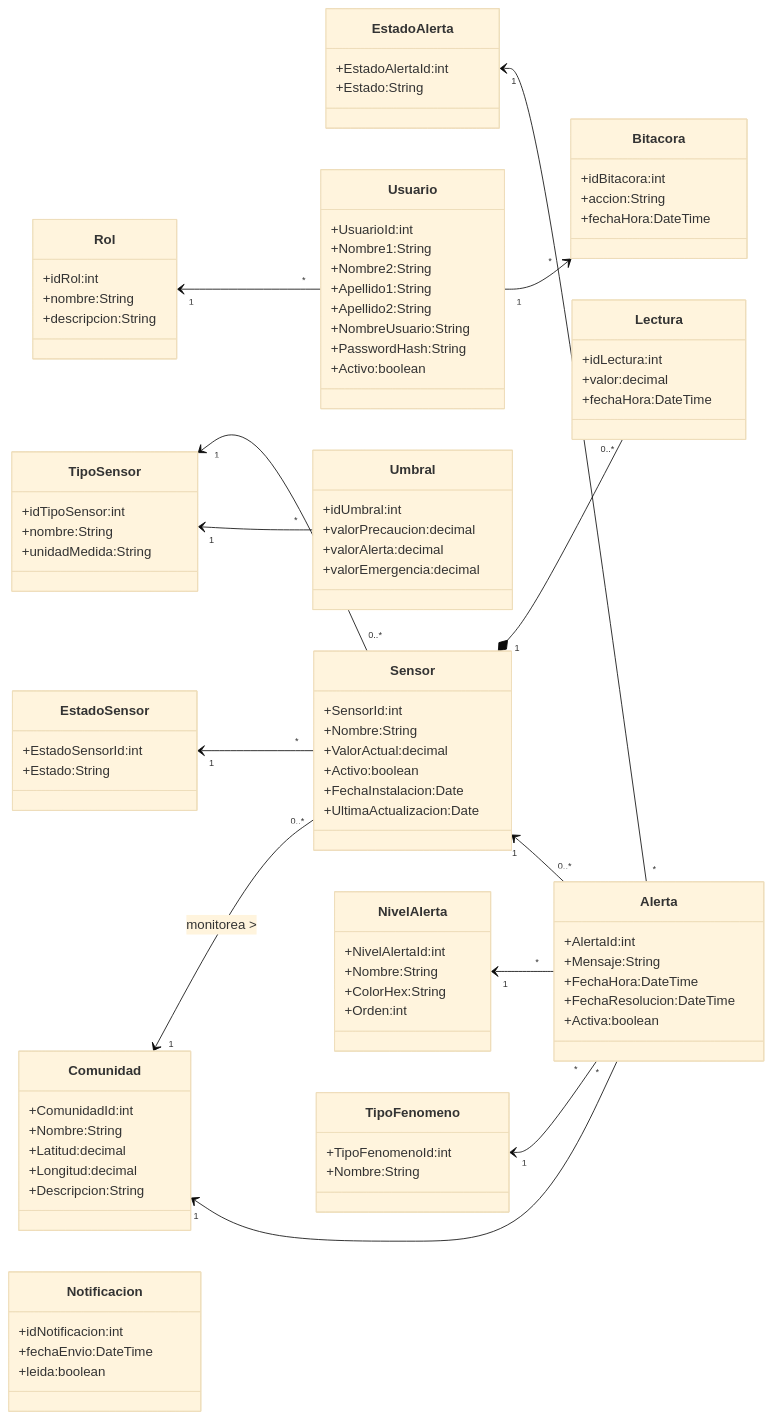
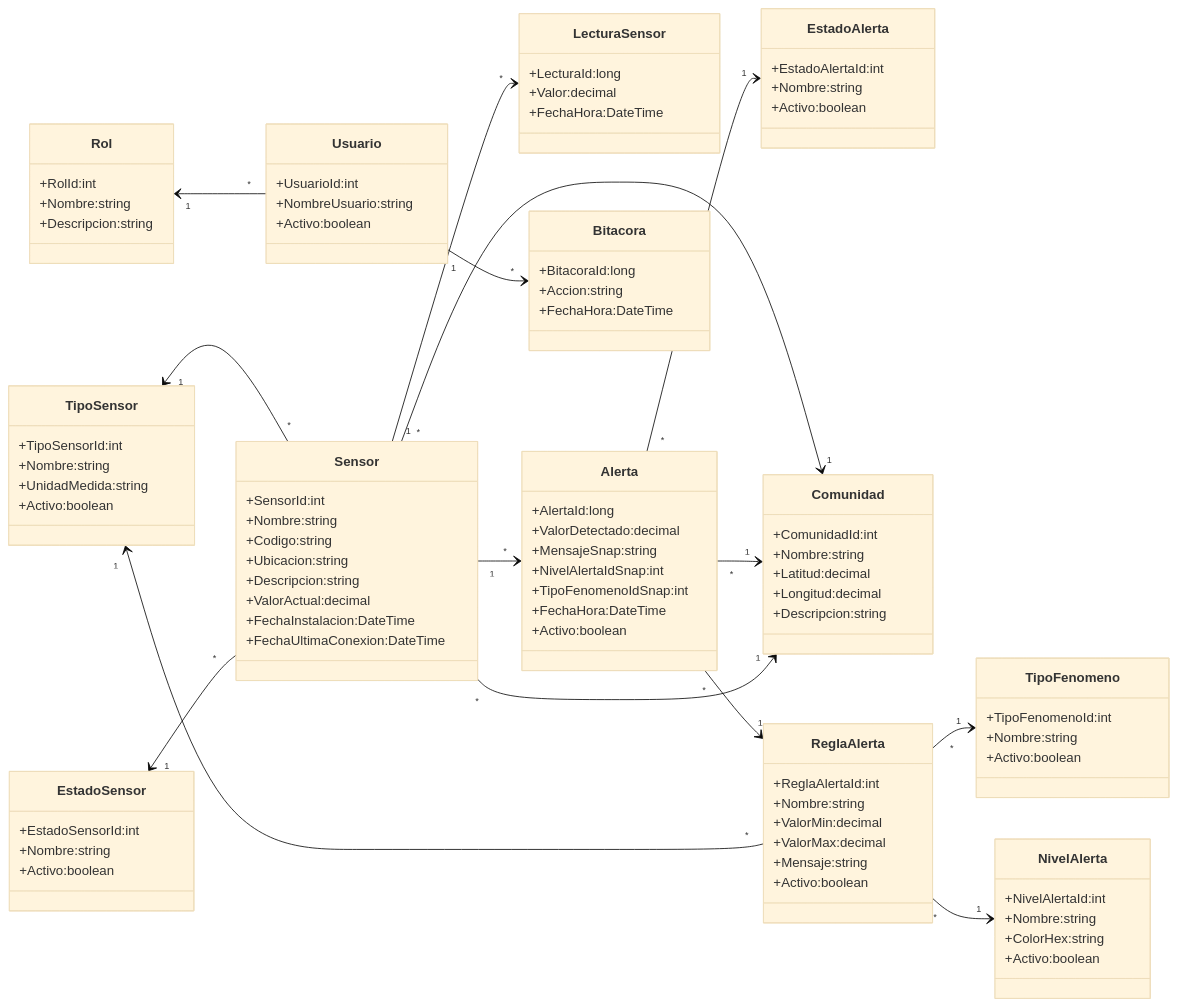
The diagram in docs/DOC-09-Diagrama de clases.md (acifuinaMar/ClimGuard), drawn with Mermaid (base theme) before and after one commit. The commit also changed other lines of this file and 7 other files, not shown here.

````diff
--- a/docs/DOC-09-Diagrama de clases.md
+++ b/docs/DOC-09-Diagrama de clases.md
@@ -29,29 +29,41 @@
 %%========================
 
 class Rol{
-    +idRol:int
-    +nombre:String
-    +descripcion:String
+    +RolId:int
+    +Nombre:string
+    +Descripcion:string
 }
 
 class TipoSensor{
-    +idTipoSensor:int
-    +nombre:String
-    +unidadMedida:String
+    +TipoSensorId:int
+    +Nombre:string
+    +UnidadMedida:string
+    +Activo:boolean
 }
-
-%%========================
-%% ENUMERACIONES
-%%========================
 
 class EstadoSensor{
     +EstadoSensorId:int
-    +Estado:String
+    +Nombre:string
+    +Activo:boolean
 }
 
 class EstadoAlerta{
     +EstadoAlertaId:int
-    +Estado:String
+    +Nombre:string
+    +Activo:boolean
+}
+
+class NivelAlerta{
+    +NivelAlertaId:int
+    +Nombre:string
+    +ColorHex:string
+    +Activo:boolean
+}
+
+class TipoFenomeno{
+    +TipoFenomenoId:int
+    +Nombre:string
+    +Activo:boolean
 }
 
 %%========================
@@ -60,75 +72,58 @@
 
 class Usuario{
     +UsuarioId:int
-    +Nombre1:String
-    +Nombre2:String
-    +Apellido1:String
-    +Apellido2:String
-    +NombreUsuario:String
-    +PasswordHash:String
+    +NombreUsuario:string
     +Activo:boolean
 }
 
 class Comunidad{
     +ComunidadId:int
-    +Nombre:String
+    +Nombre:string
     +Latitud:decimal
     +Longitud:decimal
-    +Descripcion:String
+    +Descripcion:string
 }
 
 class Sensor{
     +SensorId:int
-    +Nombre:String
+    +Nombre:string
+    +Codigo:string
+    +Ubicacion:string
+    +Descripcion:string
     +ValorActual:decimal
-    +Activo:boolean
-    +FechaInstalacion:Date
-    +UltimaActualizacion:Date
+    +FechaInstalacion:DateTime
+    +FechaUltimaConexion:DateTime
 }
 
-class Umbral{
-    +idUmbral:int
-    +valorPrecaucion:decimal
-    +valorAlerta:decimal
-    +valorEmergencia:decimal
+class ReglaAlerta{
+    +ReglaAlertaId:int
+    +Nombre:string
+    +ValorMin:decimal
+    +ValorMax:decimal
+    +Mensaje:string
+    +Activo:boolean
 }
 
-class Lectura{
-    +idLectura:int
-    +valor:decimal
-    +fechaHora:DateTime
+class LecturaSensor{
+    +LecturaId:long
+    +Valor:decimal
+    +FechaHora:DateTime
 }
 
 class Alerta{
-    +AlertaId:int
-    +Mensaje:String
+    +AlertaId:long
+    +ValorDetectado:decimal
+    +MensajeSnap:string
+    +NivelAlertaIdSnap:int
+    +TipoFenomenoIdSnap:int
     +FechaHora:DateTime
-    +FechaResolucion:DateTime
-    +Activa:boolean
-}
-
-class Notificacion{
-    +idNotificacion:int
-    +fechaEnvio:DateTime
-    +leida:boolean
+    +Activo:boolean
 }
 
 class Bitacora{
-    +idBitacora:int
-    +accion:String
-    +fechaHora:DateTime
-}
-
-class NivelAlerta{
-    +NivelAlertaId:int
-    +Nombre:String
-    +ColorHex:String
-    +Orden:int
-}
-
-class TipoFenomeno{
-    +TipoFenomenoId:int
-    +Nombre:String
+    +BitacoraId:long
+    +Accion:string
+    +FechaHora:DateTime
 }
 
 %%========================
@@ -139,23 +134,27 @@
 
 Usuario "1" --> "*" Bitacora
 
-Comunidad "1" <-- "0..*" Sensor : monitorea >
+Comunidad "1" <-- "*" Sensor
 
-TipoSensor "1" <-- "0..*" Sensor
-
-TipoSensor "1" <-- "*" Umbral
-
-Sensor "1" *-- "0..*" Lectura
-
-Sensor "1" <-- "0..*" Alerta
+TipoSensor "1" <-- "*" Sensor
 
 EstadoSensor "1" <-- "*" Sensor
 
-EstadoAlerta "1" <-- "*" Alerta
+Sensor "1" --> "*" LecturaSensor
 
-NivelAlerta "1" <-- "*" Alerta
+Sensor "1" --> "*" Alerta
 
-TipoFenomeno "1" <-- "*" Alerta
+Sensor "*" --> "1" Comunidad
 
-Comunidad "1" <-- "*" Alerta
+ReglaAlerta "*" --> "1" TipoSensor
+
+ReglaAlerta "*" --> "1" TipoFenomeno
+
+ReglaAlerta "*" --> "1" NivelAlerta
+
+Alerta "*" --> "1" ReglaAlerta
+
+Alerta "*" --> "1" EstadoAlerta
+
+Alerta "*" --> "1" Comunidad
 ```
````
